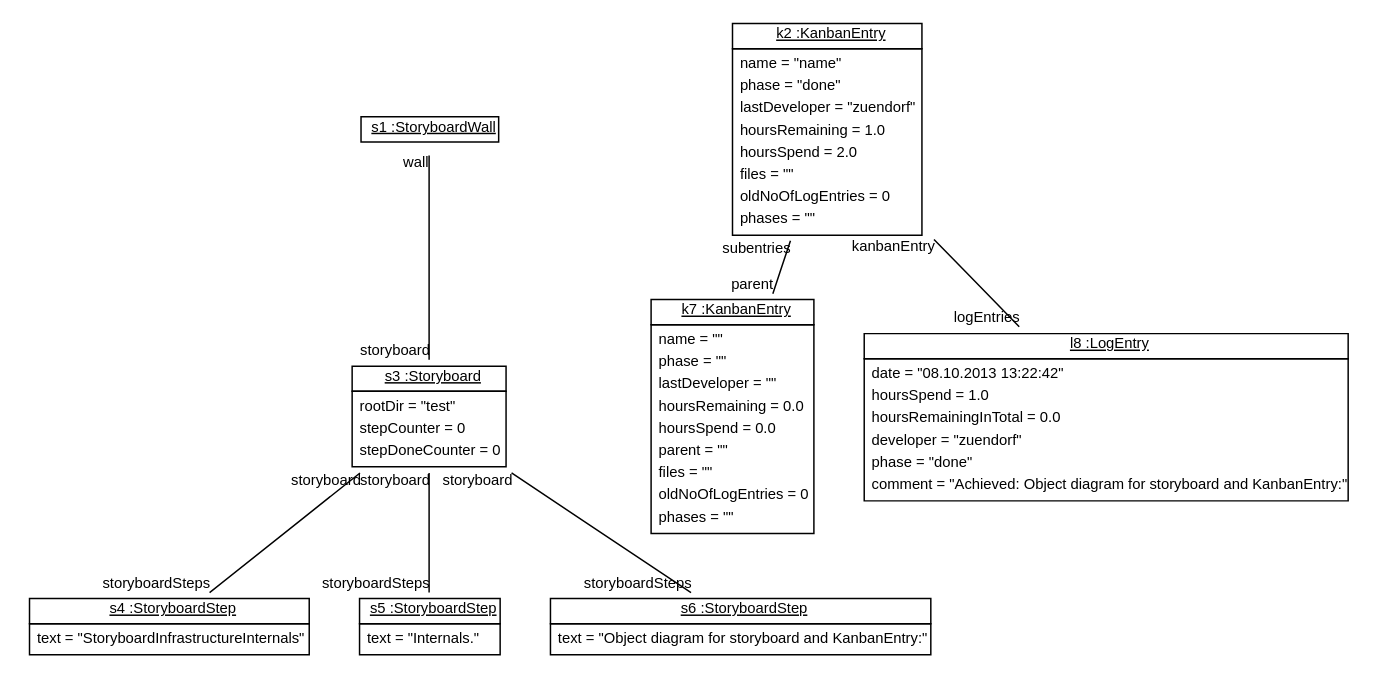
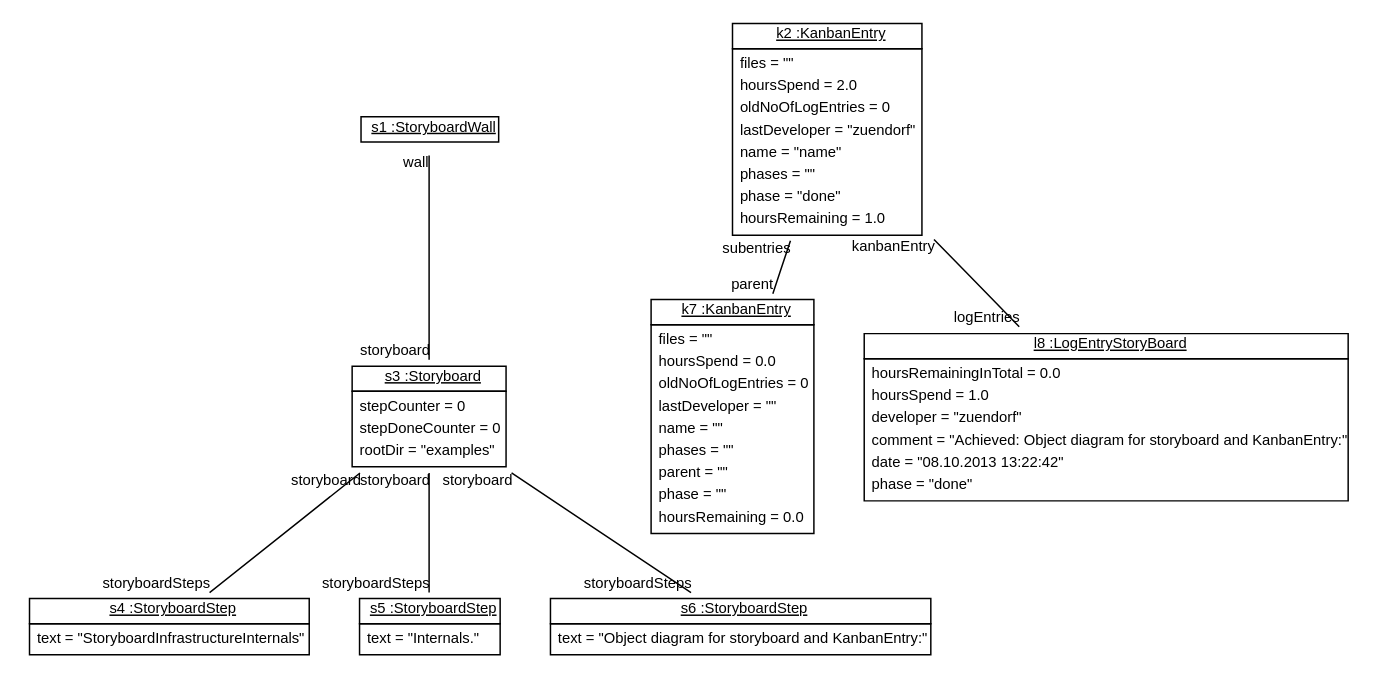
One commit to fujaba/SDMLib changed the diagram in doc/StoryboardInfrastructureInternals4.dot. Above: the diagram before and after it, drawn with Graphviz. The commit also changed 31 other files, not shown here.

```diff
--- a/doc/StoryboardInfrastructureInternals4.dot
+++ b/doc/StoryboardInfrastructureInternals4.dot
@@ -1,21 +1,21 @@
 graph ObjectDiagram {
    node [shape = none, fontsize = 10, fontname = "Arial"];
    edge [fontsize = 10, fontname = "Arial"];
    compound=true;
 
 s1 [label=<<table border='0' cellborder='1' cellspacing='0'> <tr> <td href="../../SDMLib/src/org/sdmlib/storyboards/StoryboardWall.java"> <u>s1 :StoryboardWall</u></td></tr></table>>];
-s3 [label=<<table border='0' cellborder='1' cellspacing='0'> <tr> <td href="../../SDMLib/src/org/sdmlib/storyboards/Storyboard.java"> <u>s3 :Storyboard</u></td></tr><tr><td><table border='0' cellborder='0' cellspacing='0'><tr><td align='left'>rootDir = "test"</td></tr><tr><td align='left'>stepCounter = 0</td></tr><tr><td align='left'>stepDoneCounter = 0</td></tr></table></td></tr></table>>];
+s3 [label=<<table border='0' cellborder='1' cellspacing='0'> <tr> <td href="../../SDMLib/src/org/sdmlib/storyboards/Storyboard.java"> <u>s3 :Storyboard</u></td></tr><tr><td><table border='0' cellborder='0' cellspacing='0'><tr><td align='left'>stepCounter = 0</td></tr><tr><td align='left'>stepDoneCounter = 0</td></tr><tr><td align='left'>rootDir = "examples"</td></tr></table></td></tr></table>>];
 s4 [label=<<table border='0' cellborder='1' cellspacing='0'> <tr> <td href="../../SDMLib/src/org/sdmlib/storyboards/StoryboardStep.java"> <u>s4 :StoryboardStep</u></td></tr><tr><td><table border='0' cellborder='0' cellspacing='0'><tr><td align='left'>text = "StoryboardInfrastructureInternals"</td></tr></table></td></tr></table>>];
 s5 [label=<<table border='0' cellborder='1' cellspacing='0'> <tr> <td href="../../SDMLib/src/org/sdmlib/storyboards/StoryboardStep.java"> <u>s5 :StoryboardStep</u></td></tr><tr><td><table border='0' cellborder='0' cellspacing='0'><tr><td align='left'>text = "Internals."</td></tr></table></td></tr></table>>];
 s6 [label=<<table border='0' cellborder='1' cellspacing='0'> <tr> <td href="../../SDMLib/src/org/sdmlib/storyboards/StoryboardStep.java"> <u>s6 :StoryboardStep</u></td></tr><tr><td><table border='0' cellborder='0' cellspacing='0'><tr><td align='left'>text = "Object diagram for storyboard and KanbanEntry:"</td></tr></table></td></tr></table>>];
-k2 [label=<<table border='0' cellborder='1' cellspacing='0'> <tr> <td href="../../SDMLib/src/org/sdmlib/storyboards/KanbanEntry.java"> <u>k2 :KanbanEntry</u></td></tr><tr><td><table border='0' cellborder='0' cellspacing='0'><tr><td align='left'>name = "name"</td></tr><tr><td align='left'>phase = "done"</td></tr><tr><td align='left'>lastDeveloper = "zuendorf"</td></tr><tr><td align='left'>hoursRemaining = 1.0</td></tr><tr><td align='left'>hoursSpend = 2.0</td></tr><tr><td align='left'>files = ""</td></tr><tr><td align='left'>oldNoOfLogEntries = 0</td></tr><tr><td align='left'>phases = ""</td></tr></table></td></tr></table>>];
-k7 [label=<<table border='0' cellborder='1' cellspacing='0'> <tr> <td href="../../SDMLib/src/org/sdmlib/storyboards/KanbanEntry.java"> <u>k7 :KanbanEntry</u></td></tr><tr><td><table border='0' cellborder='0' cellspacing='0'><tr><td align='left'>name = ""</td></tr><tr><td align='left'>phase = ""</td></tr><tr><td align='left'>lastDeveloper = ""</td></tr><tr><td align='left'>hoursRemaining = 0.0</td></tr><tr><td align='left'>hoursSpend = 0.0</td></tr><tr><td align='left'>parent = ""</td></tr><tr><td align='left'>files = ""</td></tr><tr><td align='left'>oldNoOfLogEntries = 0</td></tr><tr><td align='left'>phases = ""</td></tr></table></td></tr></table>>];
-l8 [label=<<table border='0' cellborder='1' cellspacing='0'> <tr> <td href="../../SDMLib/src/org/sdmlib/storyboards/LogEntry.java"> <u>l8 :LogEntry</u></td></tr><tr><td><table border='0' cellborder='0' cellspacing='0'><tr><td align='left'>date = "08.10.2013 13:22:42"</td></tr><tr><td align='left'>hoursSpend = 1.0</td></tr><tr><td align='left'>hoursRemainingInTotal = 0.0</td></tr><tr><td align='left'>developer = "zuendorf"</td></tr><tr><td align='left'>phase = "done"</td></tr><tr><td align='left'>comment = "Achieved: Object diagram for storyboard and KanbanEntry:"</td></tr></table></td></tr></table>>];
+k2 [label=<<table border='0' cellborder='1' cellspacing='0'> <tr> <td href="../../SDMLib/src/org/sdmlib/storyboards/KanbanEntry.java"> <u>k2 :KanbanEntry</u></td></tr><tr><td><table border='0' cellborder='0' cellspacing='0'><tr><td align='left'>files = ""</td></tr><tr><td align='left'>hoursSpend = 2.0</td></tr><tr><td align='left'>oldNoOfLogEntries = 0</td></tr><tr><td align='left'>lastDeveloper = "zuendorf"</td></tr><tr><td align='left'>name = "name"</td></tr><tr><td align='left'>phases = ""</td></tr><tr><td align='left'>phase = "done"</td></tr><tr><td align='left'>hoursRemaining = 1.0</td></tr></table></td></tr></table>>];
+k7 [label=<<table border='0' cellborder='1' cellspacing='0'> <tr> <td href="../../SDMLib/src/org/sdmlib/storyboards/KanbanEntry.java"> <u>k7 :KanbanEntry</u></td></tr><tr><td><table border='0' cellborder='0' cellspacing='0'><tr><td align='left'>files = ""</td></tr><tr><td align='left'>hoursSpend = 0.0</td></tr><tr><td align='left'>oldNoOfLogEntries = 0</td></tr><tr><td align='left'>lastDeveloper = ""</td></tr><tr><td align='left'>name = ""</td></tr><tr><td align='left'>phases = ""</td></tr><tr><td align='left'>parent = ""</td></tr><tr><td align='left'>phase = ""</td></tr><tr><td align='left'>hoursRemaining = 0.0</td></tr></table></td></tr></table>>];
+l8 [label=<<table border='0' cellborder='1' cellspacing='0'> <tr> <td href="../../SDMLib/src/org/sdmlib/storyboards/LogEntryStoryBoard.java"> <u>l8 :LogEntryStoryBoard</u></td></tr><tr><td><table border='0' cellborder='0' cellspacing='0'><tr><td align='left'>hoursRemainingInTotal = 0.0</td></tr><tr><td align='left'>hoursSpend = 1.0</td></tr><tr><td align='left'>developer = "zuendorf"</td></tr><tr><td align='left'>comment = "Achieved: Object diagram for storyboard and KanbanEntry:"</td></tr><tr><td align='left'>date = "08.10.2013 13:22:42"</td></tr><tr><td align='left'>phase = "done"</td></tr></table></td></tr></table>>];
 
 s1 -- s3 [headlabel = "storyboard" taillabel = "wall"];
 s3 -- s4 [headlabel = "storyboardSteps" taillabel = "storyboard"];
 s3 -- s5 [headlabel = "storyboardSteps" taillabel = "storyboard"];
 s3 -- s6 [headlabel = "storyboardSteps" taillabel = "storyboard"];
+k2 -- l8 [headlabel = "logEntries" taillabel = "kanbanEntry"];
 k2 -- k7 [headlabel = "parent" taillabel = "subentries"];
-k2 -- l8 [headlabel = "logEntries" taillabel = "kanbanEntry"];
 }
```
